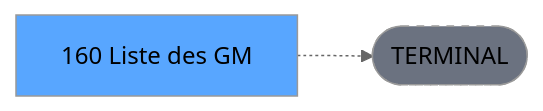
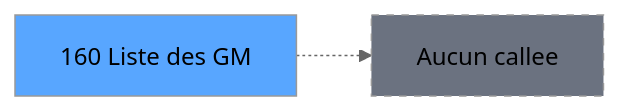
Before and after one commit to thonyAGP/magic-migration: the third of 3 diagrams in .openspec/specs/ADH-IDE-160.md, drawn with Mermaid (neutral theme). The commit also changed other lines of this file and 253 other files, not shown here.

````diff
--- a/.openspec/specs/ADH-IDE-160.md
+++ b/.openspec/specs/ADH-IDE-160.md
@@ -138,8 +586,8 @@
 ```mermaid
 graph LR
-    T[160 Liste des GM]
-    TERM([TERMINAL])
-    T -.-> TERM
-    style TERM fill:#6b7280,stroke-dasharray: 5 5
-    style T fill:#58a6ff,color:#000
+    T160[160 Liste des GM]
+    style T160 fill:#58a6ff
+    NONE[Aucun callee]
+    T160 -.-> NONE
+    style NONE fill:#6b7280,stroke-dasharray: 5 5
 ```
````
